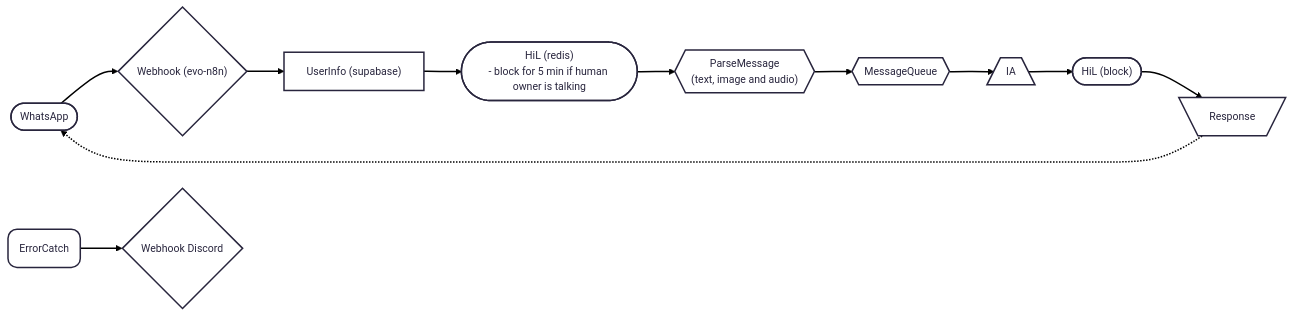
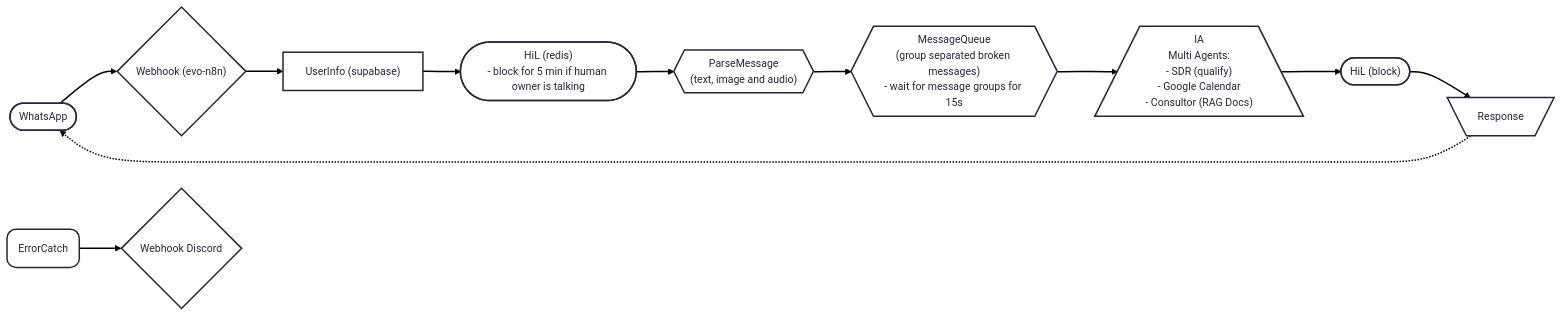
The diagram in README.md (lucasnfarias/ai-agents-n8n), drawn with Mermaid before and after one commit.

````diff
--- a/README.md
+++ b/README.md
@@ -5,25 +5,25 @@
 ```mermaid
 ---
 config:
   theme: redux
   layout: dagre
 ---
 flowchart LR
     A(["WhatsApp"]) --> B{"Webhook (evo-n8n)"}
     B --> D["UserInfo (supabase)"]
     D --> n1(["HiL (redis)<br>- block for 5 min if human owner is talking"])
     n1 --> n3["ParseMessage<br>(text, image and audio)"]
-    n3 --> n4["MessageQueue"]
-    n4 --> n5["IA"]
+    n3 --> n4["MessageQueue<br>(group separated broken messages)<br>- wait for message groups for 15s"]
+    n4 --> n5["IA<br>Multi Agents:<br>- SDR (qualify)<br>- Google Calendar<br>- Consultor (RAG Docs)"]
     n5 --> n2(["HiL (block)"])
     n2 --> n6["Response"]
     n6 -.-> A
     n7["ErrorCatch"] --> n8["Webhook Discord"]
     n3@{ shape: hex}
     n4@{ shape: hex}
     n5@{ shape: trap-b}
     n6@{ shape: trap-t}
     n7@{ shape: rounded}
     n8@{ shape: diam}
 
 ```
````
